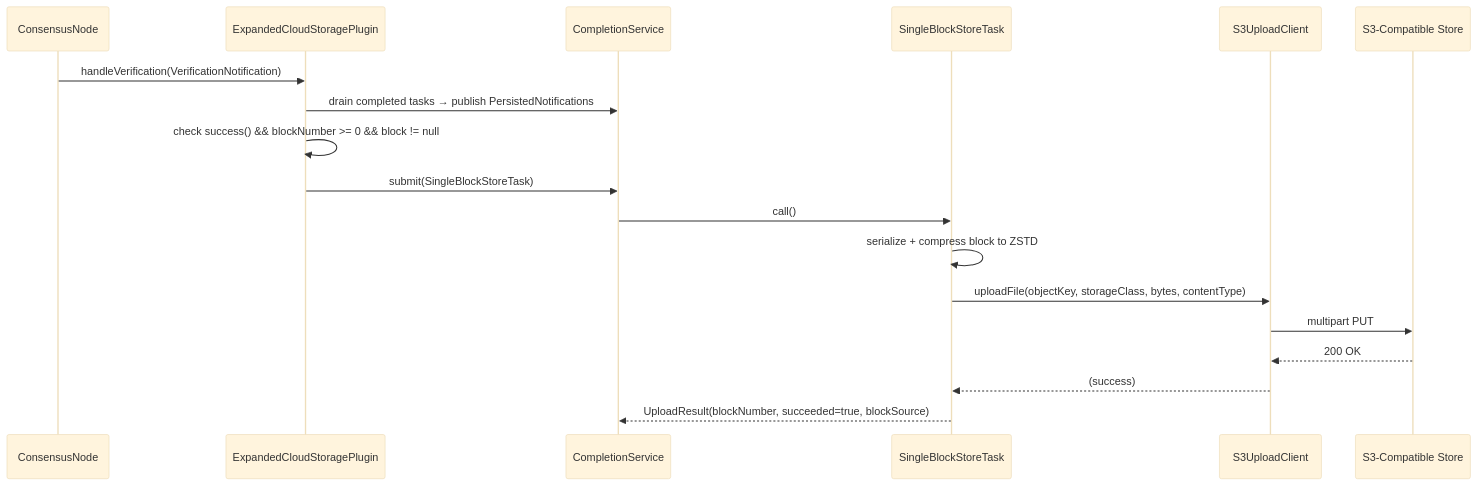
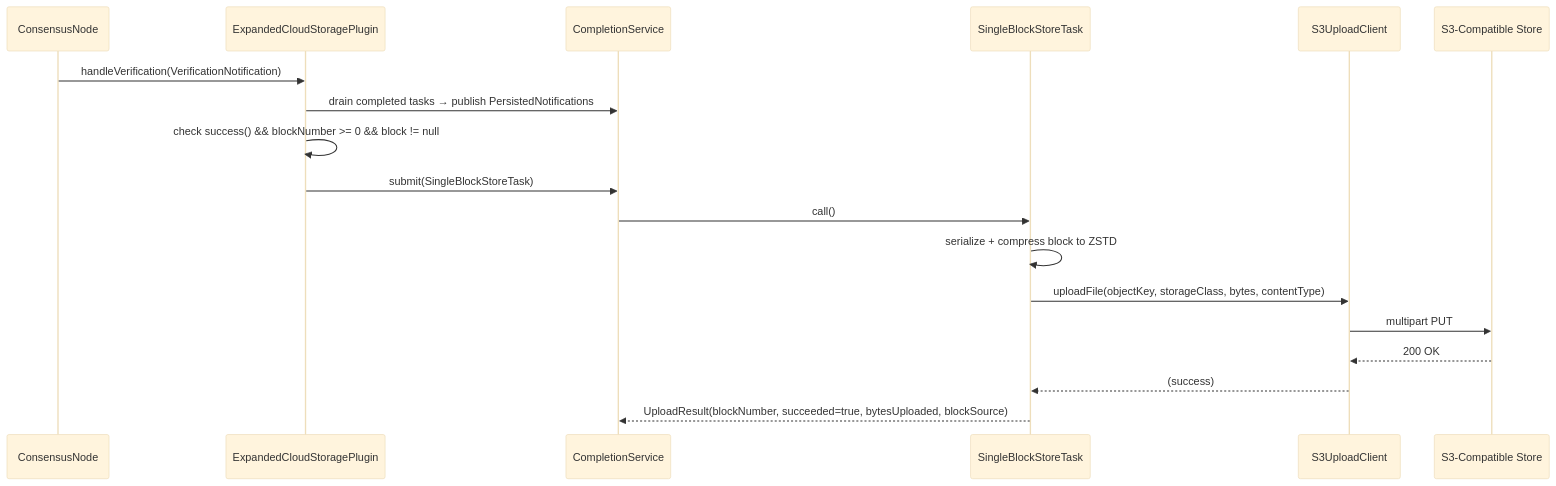
The first of 2 diagrams in docs/design/persistence/expanded-cloud-storage.md (hiero-ledger/hiero-block-node), drawn with Mermaid (base theme) before and after one commit. The commit also changed other lines of this file and 1 other file, not shown here.

````diff
--- a/docs/design/persistence/expanded-cloud-storage.md
+++ b/docs/design/persistence/expanded-cloud-storage.md
@@ -184,21 +184,21 @@
 ```mermaid
 sequenceDiagram
     participant CN as ConsensusNode
     participant ECS as ExpandedCloudStoragePlugin
     participant CS as CompletionService
     participant Task as SingleBlockStoreTask
     participant S3 as S3UploadClient
     participant Store as S3-Compatible Store
 
     CN->>ECS: handleVerification(VerificationNotification)
     ECS->>CS: drain completed tasks → publish PersistedNotifications
     ECS->>ECS: check success() && blockNumber >= 0 && block != null
     ECS->>CS: submit(SingleBlockStoreTask)
     CS->>Task: call()
     Task->>Task: serialize + compress block to ZSTD
     Task->>S3: uploadFile(objectKey, storageClass, bytes, contentType)
     S3->>Store: multipart PUT
     Store-->>S3: 200 OK
     S3-->>Task: (success)
-    Task-->>CS: UploadResult(blockNumber, succeeded=true, blockSource)
+    Task-->>CS: UploadResult(blockNumber, succeeded=true, bytesUploaded, blockSource)
 ```
````
